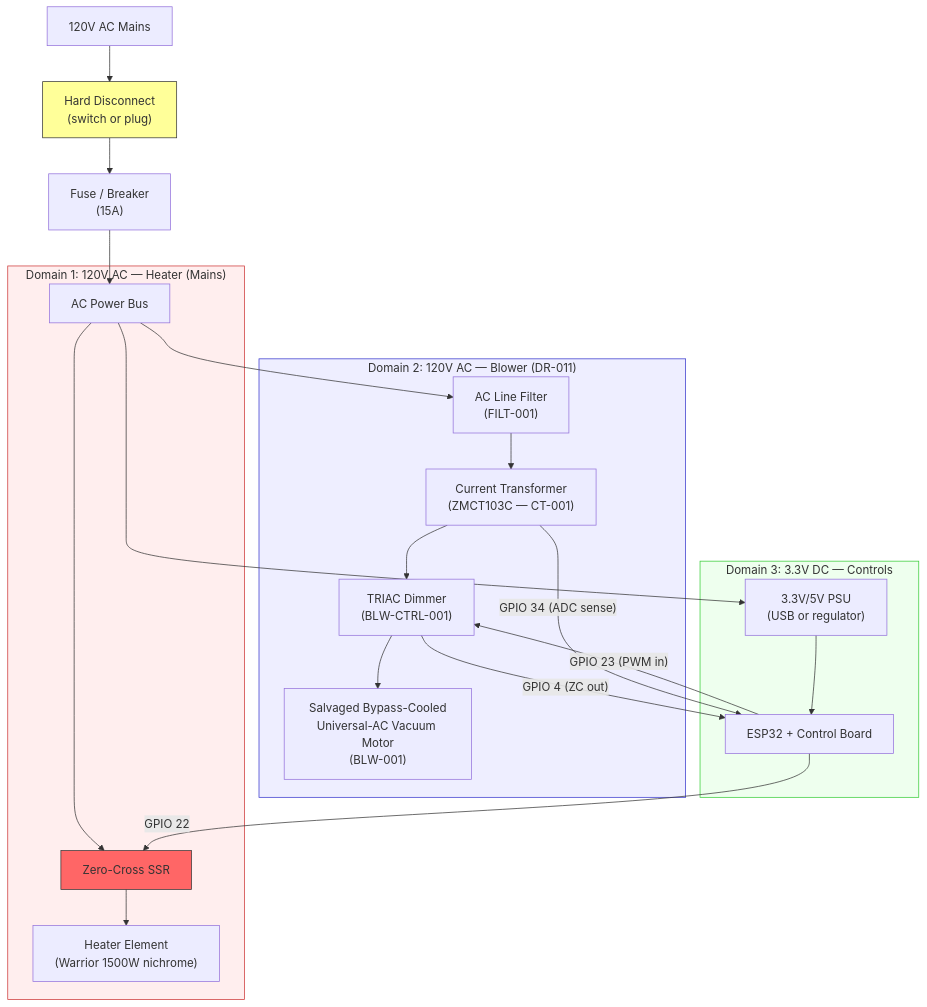
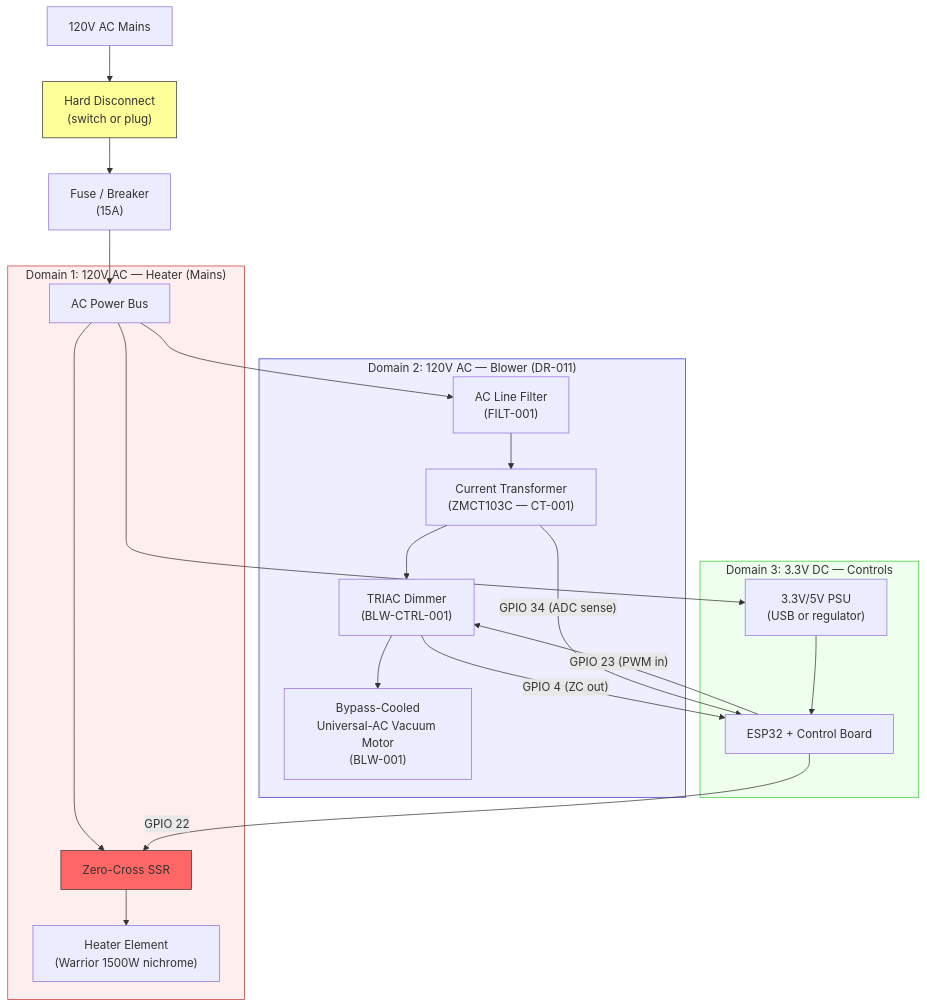
The second of 4 diagrams in docs/system/block-diagram.md (tom-jordan23/roaster), drawn with Mermaid before and after one commit. The commit also changed other lines of this file and 18 other files, not shown here.

````diff
--- a/docs/system/block-diagram.md
+++ b/docs/system/block-diagram.md
@@ -63,34 +63,34 @@
 ```mermaid
 flowchart TD
     MAINS["120V AC Mains"] --> DISC["Hard Disconnect\n(switch or plug)"]
     DISC --> FUSE["Fuse / Breaker\n(15A)"]
     FUSE --> BUS["AC Power Bus"]
 
     subgraph DOMAIN1["Domain 1: 120V AC — Heater (Mains)"]
         BUS --> SSR["Zero-Cross SSR"]
         SSR --> HTR["Heater Element\n(Warrior 1500W nichrome)"]
     end
 
     subgraph DOMAIN2["Domain 2: 120V AC — Blower (DR-011)"]
         BUS --> FILT["AC Line Filter\n(FILT-001)"]
         FILT --> CT["Current Transformer\n(ZMCT103C — CT-001)"]
         CT --> TRIAC["TRIAC Dimmer\n(BLW-CTRL-001)"]
-        TRIAC --> BLWR["Salvaged Bypass-Cooled\nUniversal-AC Vacuum Motor\n(BLW-001)"]
+        TRIAC --> BLWR["Bypass-Cooled\nUniversal-AC Vacuum Motor\n(BLW-001)"]
     end
 
     subgraph DOMAIN3["Domain 3: 3.3V DC — Controls"]
         BUS --> PSU3["3.3V/5V PSU\n(USB or regulator)"]
         PSU3 --> ESP["ESP32 + Control Board"]
     end
 
     ESP -->|"GPIO 23 (PWM in)"| TRIAC
     TRIAC -->|"GPIO 4 (ZC out)"| ESP
     CT -->|"GPIO 34 (ADC sense)"| ESP
     ESP -->|"GPIO 22"| SSR
 
     style SSR fill:#f66,stroke:#333
     style DISC fill:#ff9,stroke:#333
     style DOMAIN1 fill:#fee,stroke:#c33
     style DOMAIN2 fill:#eef,stroke:#33c
     style DOMAIN3 fill:#efe,stroke:#3c3
 ```
````
